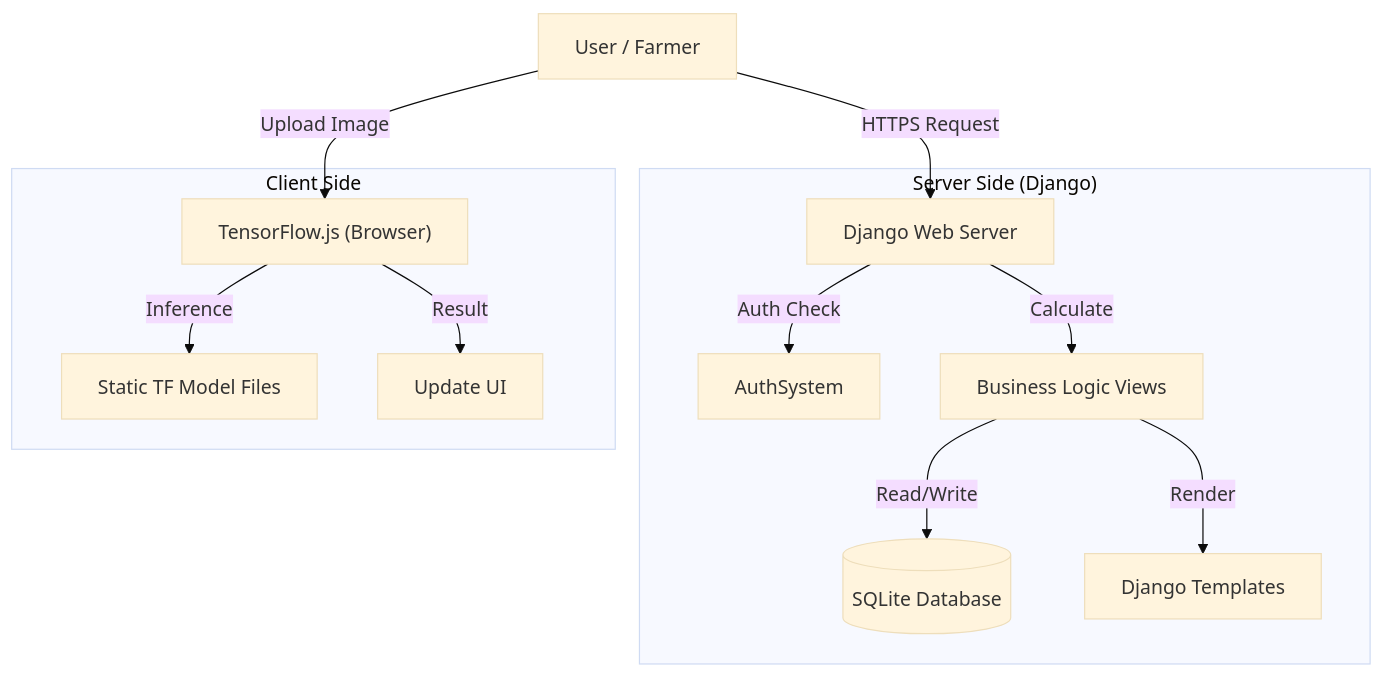
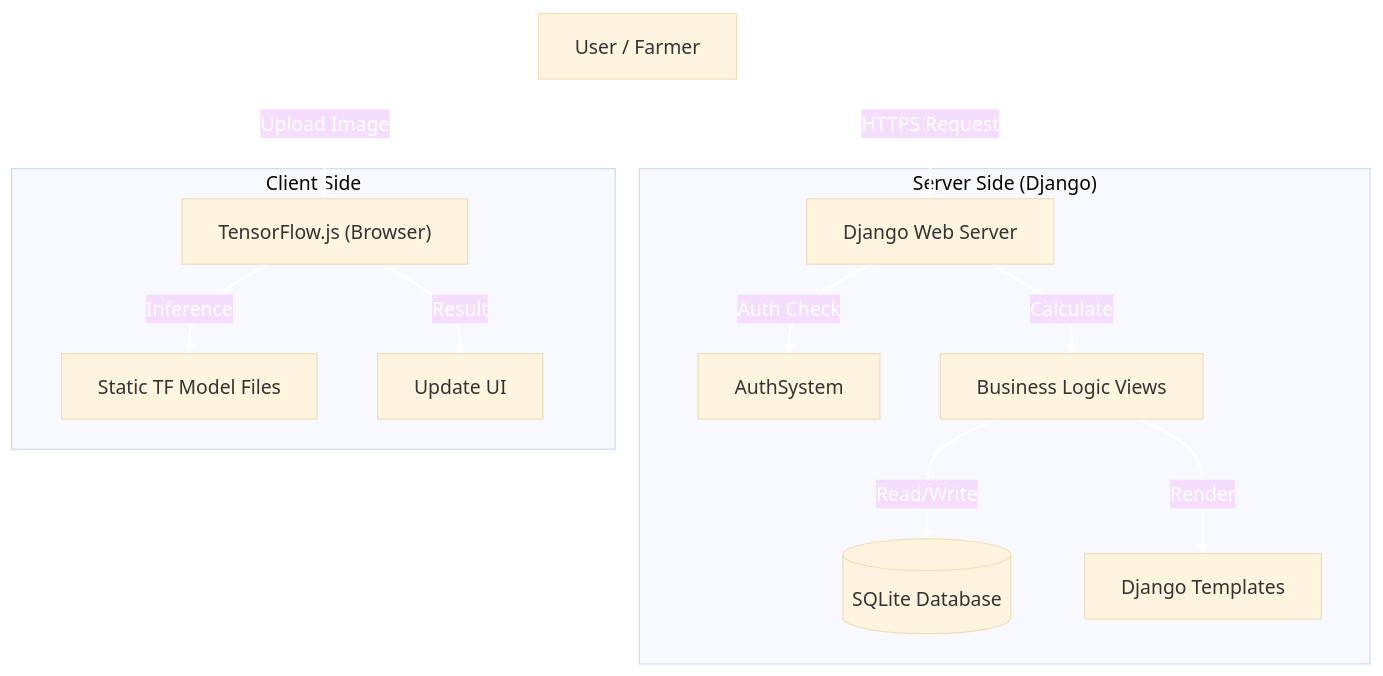
Before and after one commit to KmSasikumar/SmartAgriculture: the first of 4 diagrams in Architecture.md, drawn with Mermaid (base theme).

````diff
--- a/Architecture.md
+++ b/Architecture.md
@@ -19,17 +19,20 @@
 ```mermaid
 graph TD
     User[User / Farmer] -->|HTTPS Request| WebServer[Django Web Server]
     User -->|Upload Image| BrowserML["TensorFlow.js (Browser)"]
     
     subgraph "Server Side (Django)"
         WebServer -->|Auth Check| AuthSystem
         WebServer -->|Calculate| BizLogic[Business Logic Views]
         BizLogic -->|Read/Write| DB[(SQLite Database)]
         BizLogic -->|Render| Templates[Django Templates]
     end
     
     subgraph "Client Side"
         BrowserML -->|Inference| ModelFiles[Static TF Model Files]
         BrowserML -->|Result| DOM[Update UI]
     end
+
+    %% High-contrast link styling
+    linkStyle default stroke-width:2px,fill:none,stroke:white,color:white;
 ```
````
